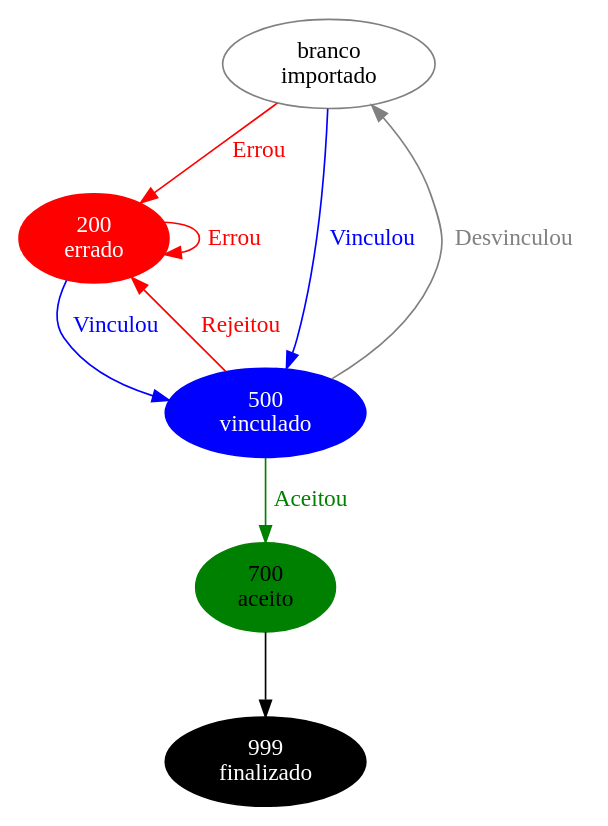
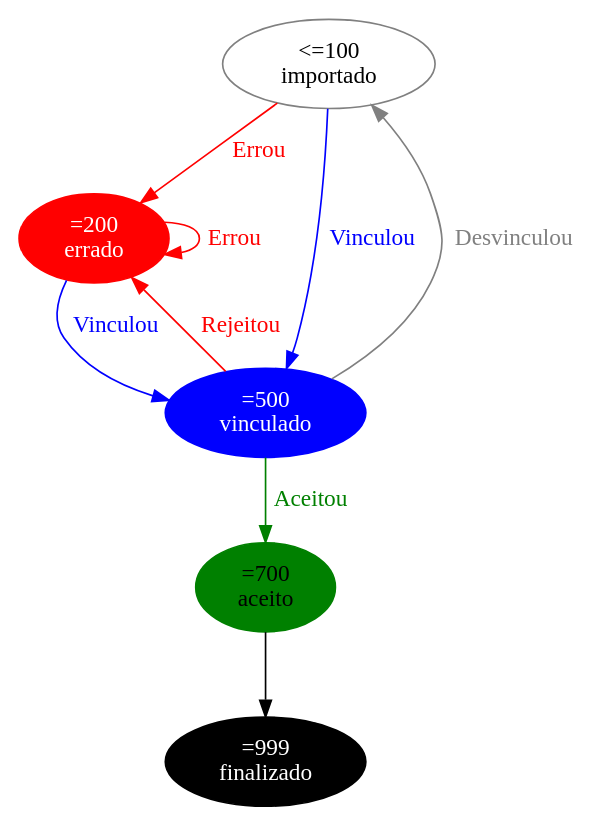
The diagram in Fluxo Status XML.gv (GiovaniPM/Graphs), drawn with Graphviz before and after one commit.

Commit message:
Giovani_Mesquita(RBST10164) 200205102823

```diff
--- a/Fluxo Status XML.gv
+++ b/Fluxo Status XML.gv
@@ -1,21 +1,21 @@
 digraph {
     rankdir = TB;
     fontname="Helvetica";
     layout="dot";
 
-    000 [style=none   color=gray  fontcolor=black label="branco\nimportado"];
-    200 [style=filled color=red   fontcolor=white label="200\nerrado"      ];
-    500 [style=filled color=blue  fontcolor=white label="500\nvinculado"   ];
-    700 [style=filled color=green fontcolor=black label="700\naceito"      ];
-    999 [style=filled color=black fontcolor=white label="999\nfinalizado"  ];   
+    000 [style=none   color=gray  fontcolor=black label="<=100\nimportado"];
+    200 [style=filled color=red   fontcolor=white label="=200\nerrado"    ];
+    500 [style=filled color=blue  fontcolor=white label="=500\nvinculado" ];
+    700 [style=filled color=green fontcolor=black label="=700\naceito"    ];
+    999 [style=filled color=black fontcolor=white label="=999\nfinalizado"];   
 
     000 -> 200 [color=red   label="Errou"       fontcolor=red  ];
     000 -> 500 [color=blue  label="Vinculou"    fontcolor=blue ];
     200 -> 200 [color=red   label="Errou"       fontcolor=red  ];
     200 -> 500 [color=blue  label="Vinculou"    fontcolor=blue ];
     500 -> 000 [color=gray  label="Desvinculou" fontcolor=gray ];
     500 -> 200 [color=red   label="Rejeitou"    fontcolor=red  ];
     500 -> 700 [color=green label="Aceitou"     fontcolor=green];
     700 -> 999 [color=black label="Recebeu"     fontcolor=white];
     #{rank = same; 000; 500; 700; 999};
 }
```
